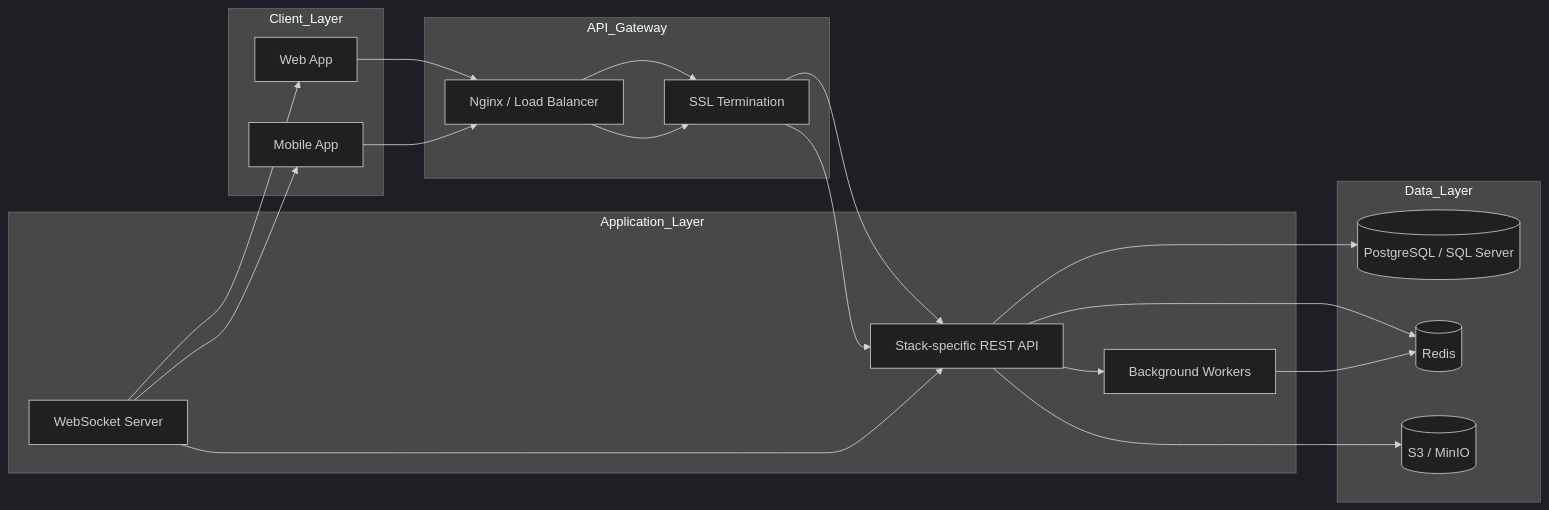
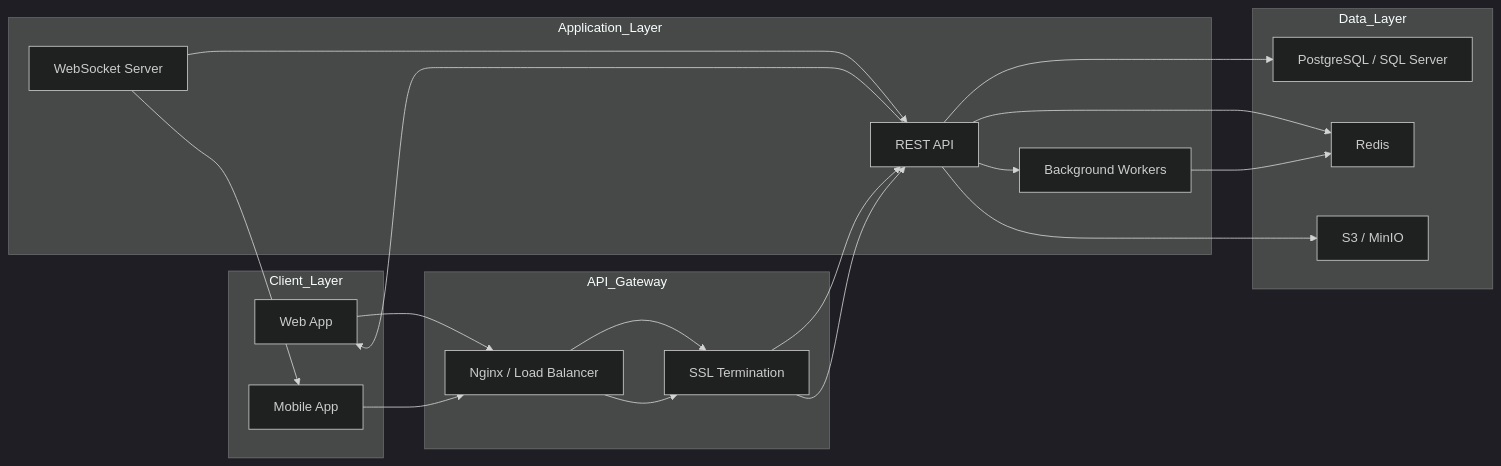
One commit to 0x3at/Postkid changed the second of 16 diagrams in docs/architecture/complete.md. Above: the diagram before and after it, drawn with Mermaid (dark theme). The commit also changed other lines of this file, not shown here.

````diff
--- a/docs/architecture/complete.md
+++ b/docs/architecture/complete.md
@@ -34,31 +92,27 @@
 ```mermaid
-graph LR
+flowchart LR
   subgraph Client_Layer
-    WebApp[Web App]
-    MobileApp[Mobile App]
+    WebApp["Web App"]
+    MobileApp["Mobile App"]
   end
   subgraph API_Gateway
-    LB[Nginx / Load Balancer]
-    SSL[SSL Termination]
+    LB["Nginx / Load Balancer"]
+    SSL["SSL Termination"]
   end
   subgraph Application_Layer
-    API[Stack‑specific REST API]
-    WS[WebSocket Server]
-    MQ[Background Workers]
+    API["REST API"]
+    WS["WebSocket Server"]
+    MQ["Background Workers"]
   end
   subgraph Data_Layer
-    DB[(PostgreSQL / SQL Server)]
-    Cache[(Redis)]
-    Storage[(S3 / MinIO)]
+    DB["PostgreSQL / SQL Server"]
+    Cache["Redis"]
+    Storage["S3 / MinIO"]
   end
-
   WebApp --> LB --> SSL --> API
   MobileApp --> LB --> SSL --> API
-  API --> DB
-  API --> Cache
-  API --> MQ --> Cache
-  API --> Storage
-  WS --> API
-  WS --> WebApp
+  API --> DB & Cache & MQ & Storage
+  MQ --> Cache
+  WS --> API --> WebApp
   WS --> MobileApp
 ```
````
